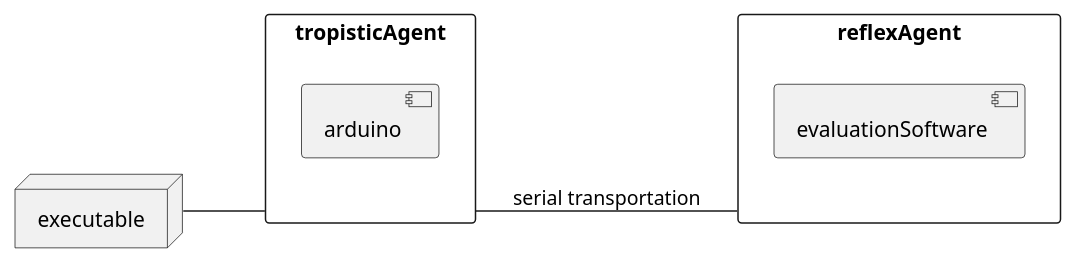
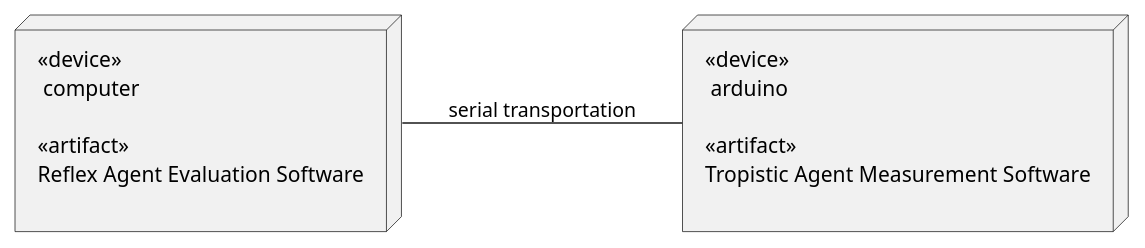
Before and after one commit to Ajmicco18/CSIS-5824-Applied-AI: the diagram in TAME Individual Project/UML Documents/tropisticAgentDeploy.puml, drawn with PlantUML. The commit also changed 4 other files, not shown here.

Commit message:
changed UML diagrams

```diff
--- a/TAME Individual Project/UML Documents/tropisticAgentDeploy.puml
+++ b/TAME Individual Project/UML Documents/tropisticAgentDeploy.puml
@@ -1,15 +1,25 @@
 @startuml tropistAgentDeploy
 left to right direction
 
-node executable
 
-rectangle tropisticAgent {
-     component arduino
-} 
-rectangle reflexAgent{
-    component evaluationSoftware
-}
+node arduino[
+    <<device>> 
+     arduino
 
-executable -- tropisticAgent
-tropisticAgent-- reflexAgent : serial transportation 
+    <<artifact>>
+Tropistic Agent Measurement Software
+
+]
+
+node computer[
+    <<device>> 
+     computer
+
+    <<artifact>>
+    Reflex Agent Evaluation Software
+
+]
+
+computer -- arduino : serial transportation
+
 @enduml
```
